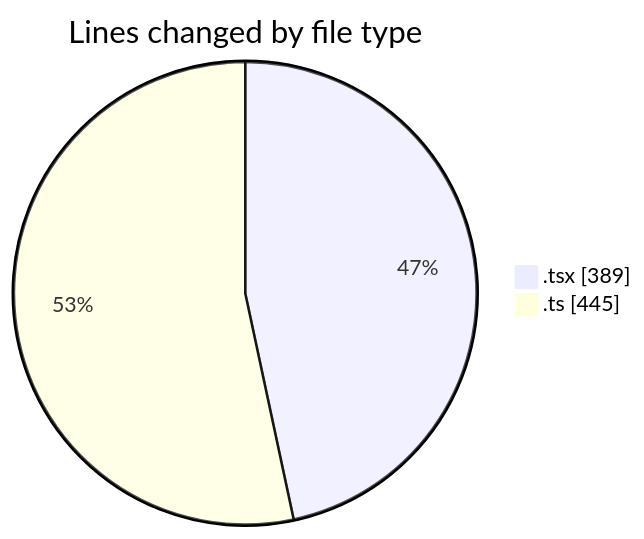
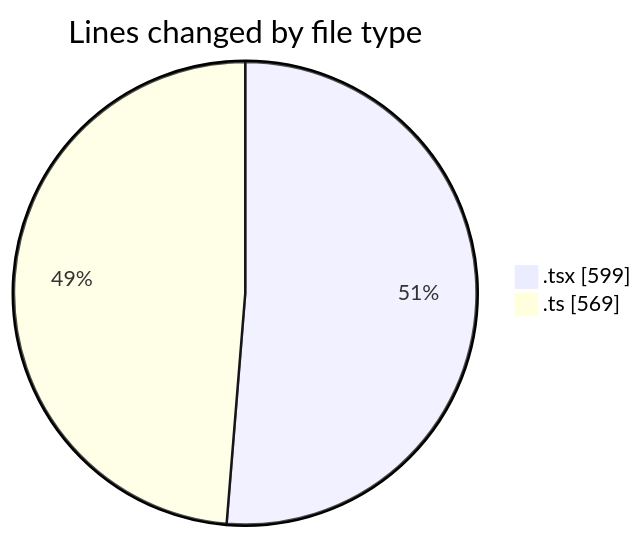
Before and after one commit to julien-gomy/code-tracking: the first of 2 diagrams in 2025-11-23/eventscop-frontend-guide__workspace_/README.md, drawn with Mermaid. The commit also changed other lines of this file and 1 other file, not shown here.

````diff
--- a/2025-11-23/eventscop-frontend-guide__workspace_/README.md
+++ b/2025-11-23/eventscop-frontend-guide__workspace_/README.md
@@ -27,6 +30,6 @@
 ```mermaid
 pie showData
 title Lines changed by file type
-".tsx" : 389
-".ts" : 445
+".tsx" : 599
+".ts" : 569
 ```
````
